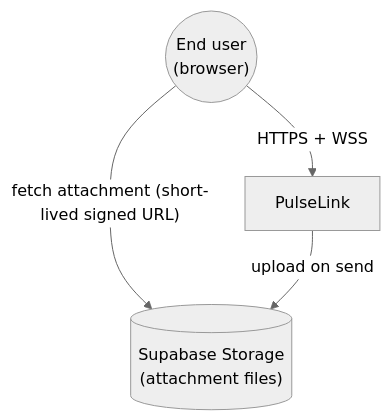
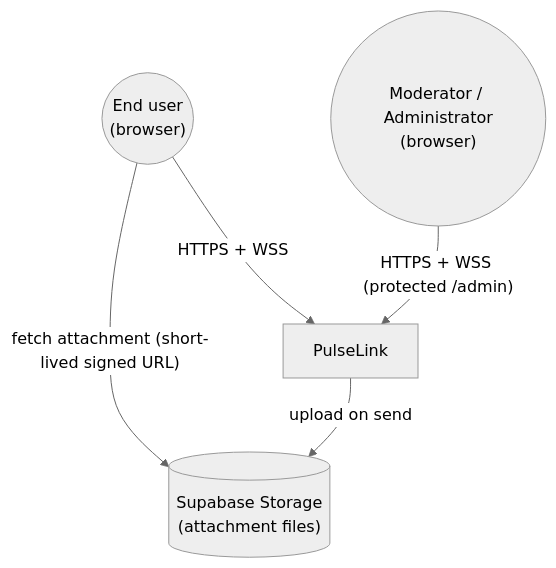
Before and after one commit to NguyenTruongNgocHan/pulselink: the first of 5 diagrams in docs/architecture/system-design.md, drawn with Mermaid (neutral theme). The commit also changed other lines of this file and 38 other files, not shown here.

````diff
--- a/docs/architecture/system-design.md
+++ b/docs/architecture/system-design.md
@@ -9,10 +9,12 @@
 ```mermaid
 flowchart TB
     User(("End user<br/>(browser)"))
+    Staff(("Moderator / Administrator<br/>(browser)"))
     PulseLink["PulseLink"]
     Storage[("Supabase Storage<br/>(attachment files)")]
 
     User -->|"HTTPS + WSS"| PulseLink
+    Staff -->|"HTTPS + WSS (protected /admin)"| PulseLink
     User -->|"fetch attachment (short-lived signed URL)"| Storage
     PulseLink -->|"upload on send"| Storage
 ```
````
